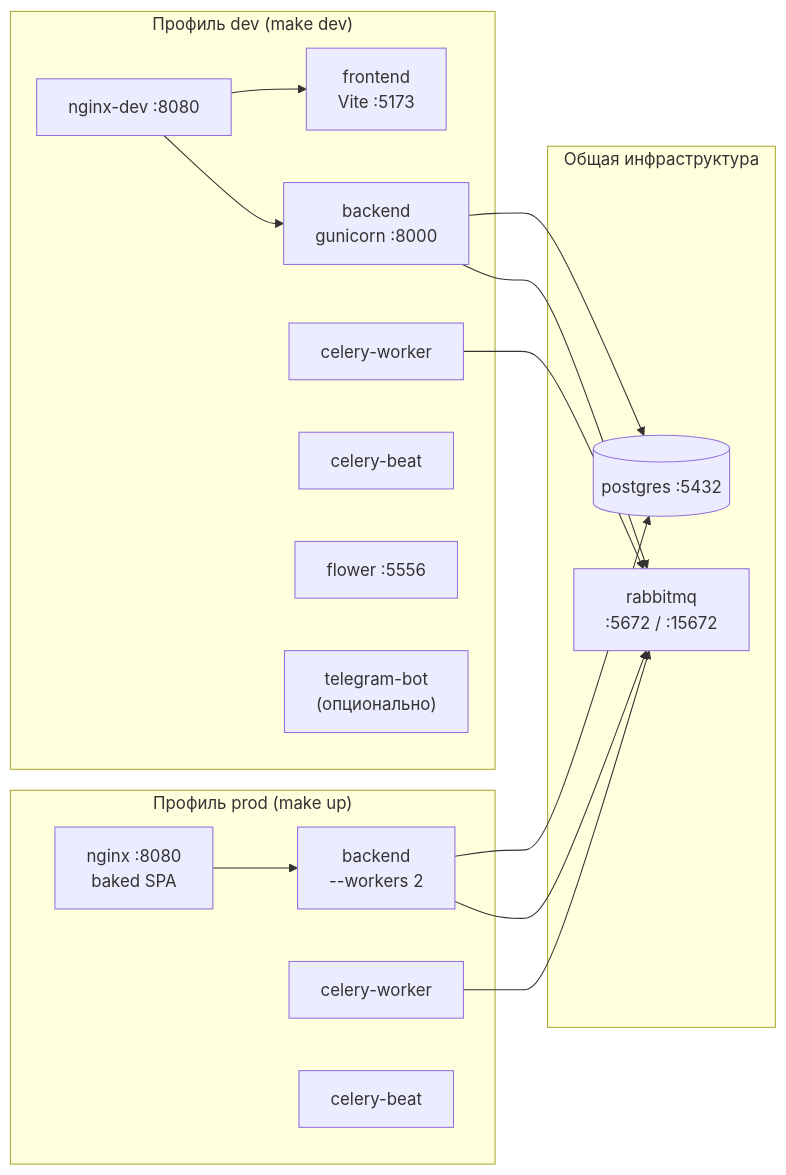
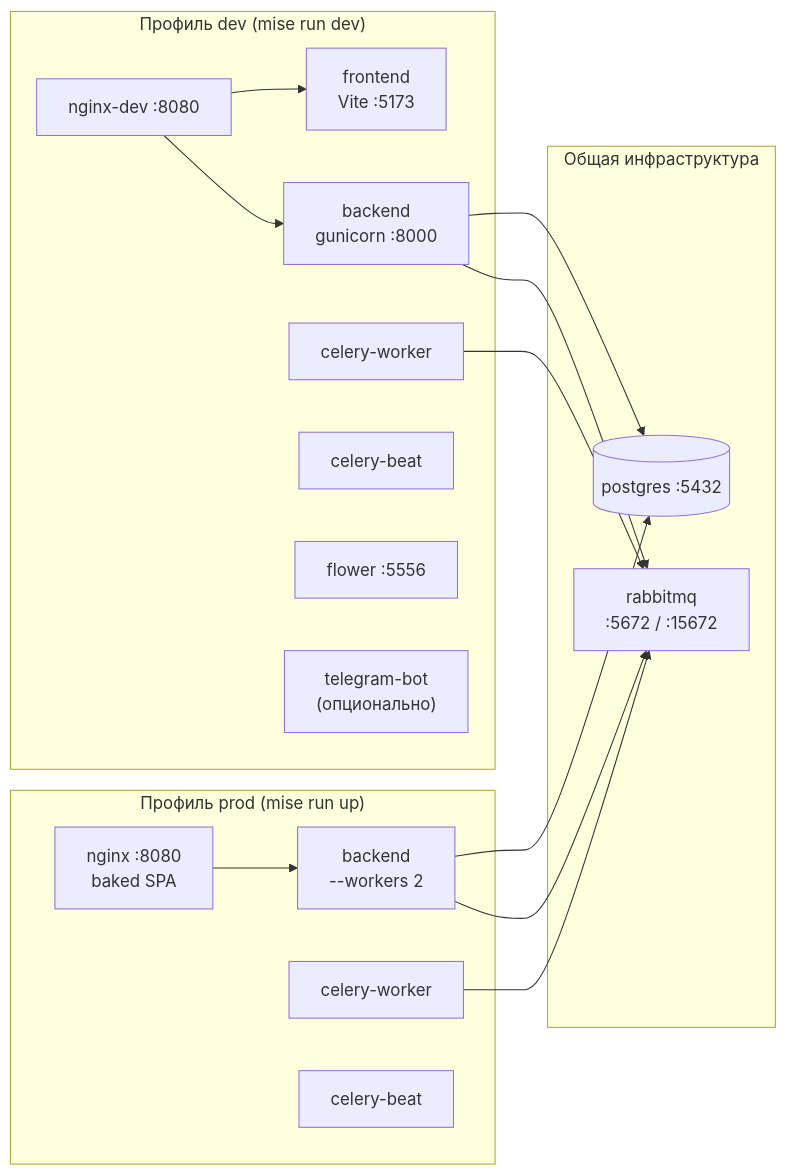
The first of 9 diagrams in docs/DEVELOPERS.md (DDoSKudya/cadence), drawn with Mermaid before and after one commit. The commit also changed other lines of this file and 64 other files, not shown here.

````diff
--- a/docs/DEVELOPERS.md
+++ b/docs/DEVELOPERS.md
@@ -110,34 +110,34 @@
 ```mermaid
 flowchart LR
-    subgraph dev["Профиль dev (make dev)"]
+    subgraph dev["Профиль dev (mise run dev)"]
         ND["nginx-dev :8080"]
         FE["frontend\nVite :5173"]
         BE["backend\ngunicorn :8000"]
         CW["celery-worker"]
         CB["celery-beat"]
         FL["flower :5556"]
         TB["telegram-bot\n(опционально)"]
     end
 
-    subgraph prod["Профиль prod (make up)"]
+    subgraph prod["Профиль prod (mise run up)"]
         NG["nginx :8080\nbaked SPA"]
         BE2["backend\n--workers 2"]
         CW2["celery-worker"]
         CB2["celery-beat"]
     end
 
     subgraph infra["Общая инфраструктура"]
         PG[("postgres :5432")]
         RMQ["rabbitmq\n:5672 / :15672"]
     end
 
     ND --> FE
     ND --> BE
     NG --> BE2
     BE --> PG
     BE --> RMQ
     BE2 --> PG
     BE2 --> RMQ
     CW --> RMQ
     CW2 --> RMQ
 ```
````
